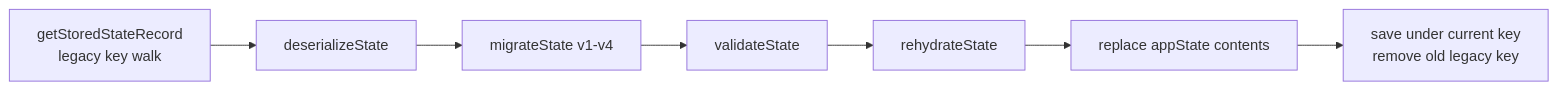
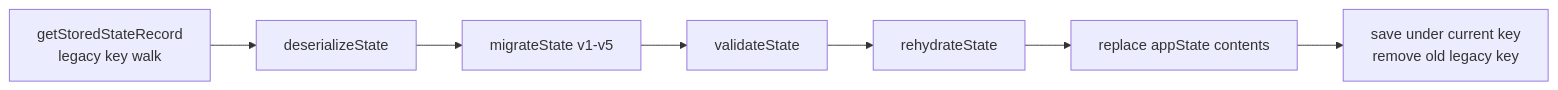
Before and after one commit to samantharissicy/artwork-checklist: the diagram in docs/architecture/persistence-and-schema.md, drawn with Mermaid. The commit also changed other lines of this file and 43 other files, not shown here.

````diff
--- a/docs/architecture/persistence-and-schema.md
+++ b/docs/architecture/persistence-and-schema.md
@@ -42,9 +43,9 @@
 ```mermaid
 flowchart LR
   A[getStoredStateRecord<br/>legacy key walk] --> B[deserializeState]
-  B --> C[migrateState v1-v4]
+  B --> C[migrateState v1-v5]
   C --> D[validateState]
   D --> E[rehydrateState]
   E --> F[replace appState contents]
   F --> G[save under current key<br/>remove old legacy key]
 ```
````
